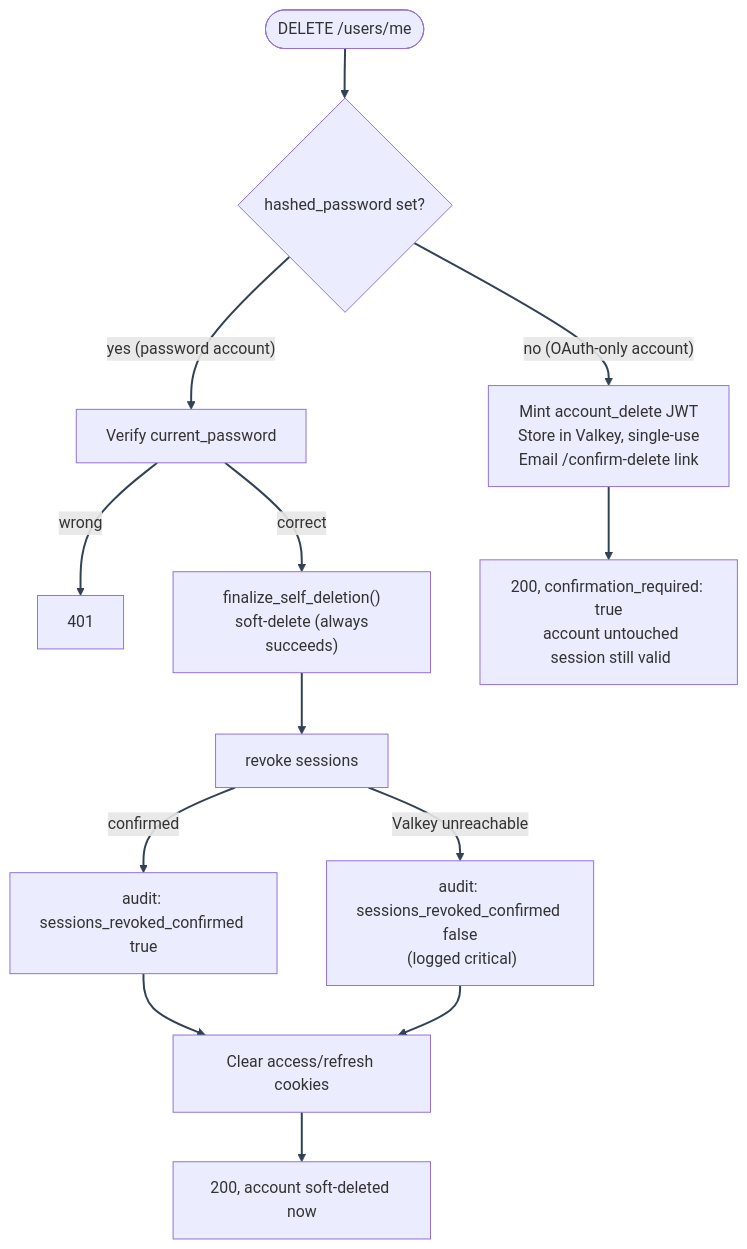
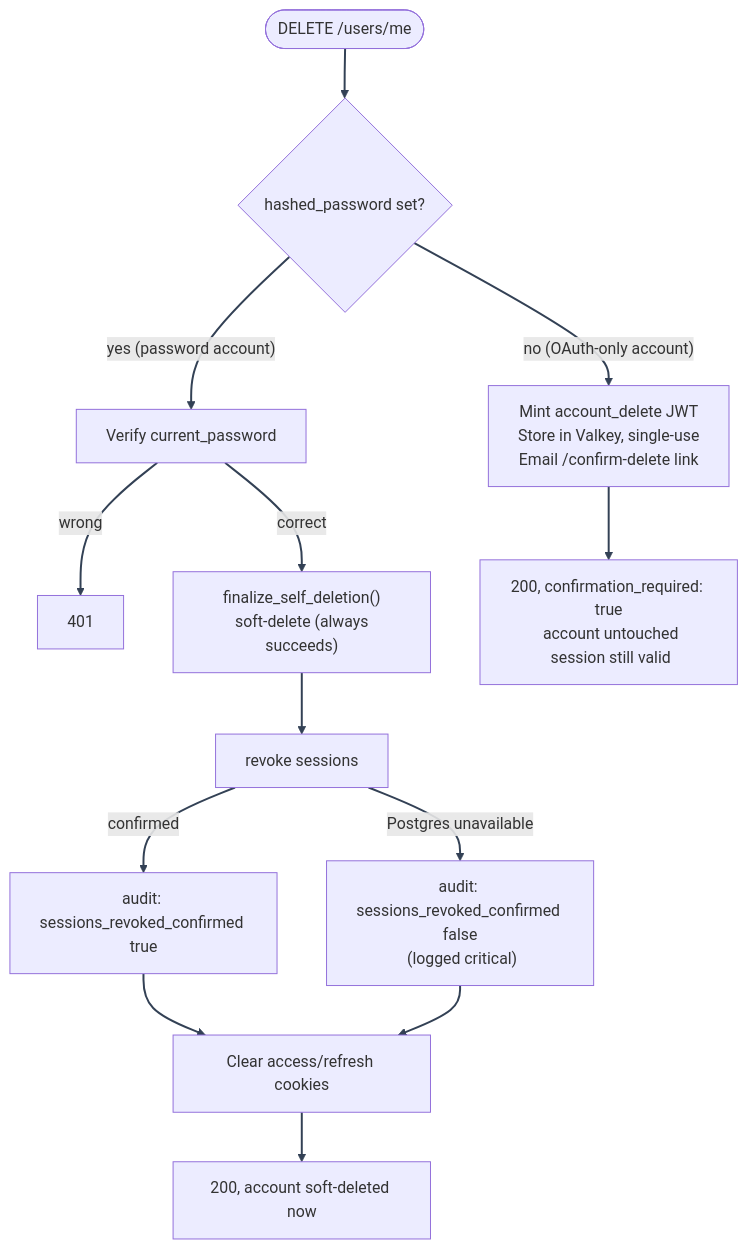
One commit to Nachiket-2024/mystic-auth-docs changed the first of 2 diagrams in docs/mystic_auth/authentication/account-deletion/self-service.md. Above: the diagram before and after it, drawn with Mermaid. The commit also changed other lines of this file and 50 other files, not shown here.

````diff
--- a/docs/mystic_auth/authentication/account-deletion/self-service.md
+++ b/docs/mystic_auth/authentication/account-deletion/self-service.md
@@ -19,17 +19,17 @@
 ```mermaid
 %%{init: {"themeVariables": {"lineColor": "#334155"}} }%%
 flowchart TD
     Start(["DELETE /users/me"]) --> HasPw{"hashed_password set?"}
     HasPw -- "yes (password account)" --> Verify["Verify current_password"]
     Verify -- "wrong" --> Fail401["401"]
     Verify -- "correct" --> Finalize["finalize_self_deletion()\n soft-delete (always succeeds)"]
     Finalize --> Revoke["revoke sessions"]
     Revoke -- "confirmed" --> Audit["audit: sessions_revoked_confirmed true"]
-    Revoke -- "Valkey unreachable" --> Audit2["audit: sessions_revoked_confirmed false\n (logged critical)"]
+    Revoke -- "Postgres unavailable" --> Audit2["audit: sessions_revoked_confirmed false\n (logged critical)"]
     Audit --> ClearCookies["Clear access/refresh cookies"]
     Audit2 --> ClearCookies
     ClearCookies --> Done200["200, account soft-deleted now"]
     HasPw -- "no (OAuth-only account)" --> SendEmail["Mint account_delete JWT\n Store in Valkey, single-use\n Email /confirm-delete link"]
     SendEmail --> Pending["200, confirmation_required: true\n account untouched\n session still valid"]
     linkStyle default stroke:#334155,stroke-width:2px
 ```
````
